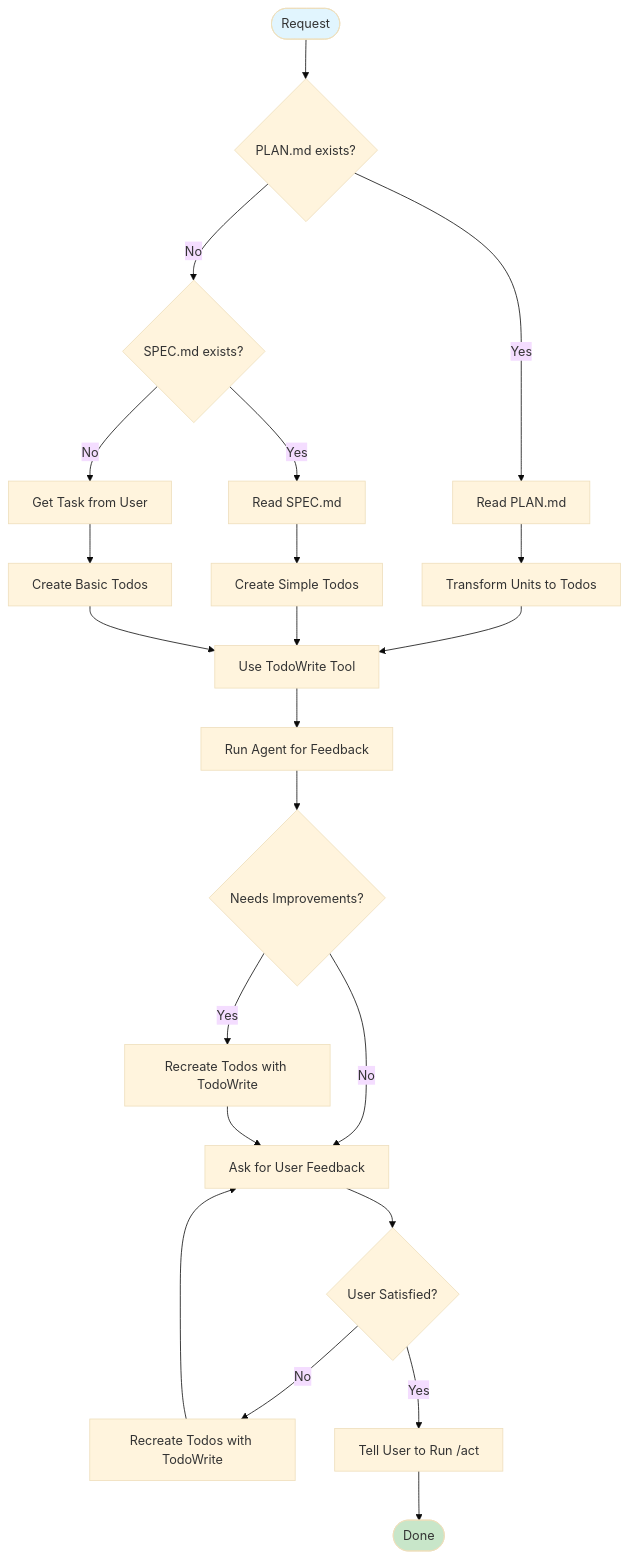
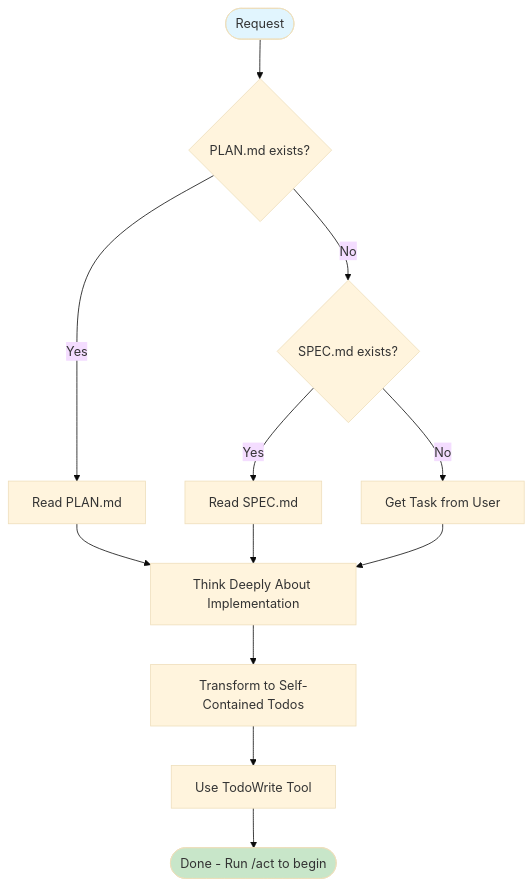
Before and after one commit to doodledood/claude-code-workflow: the diagram in .claude/commands/create-todos.md, drawn with Mermaid (base theme). The commit also changed other lines of this file, not shown here.

````diff
--- a/.claude/commands/create-todos.md
+++ b/.claude/commands/create-todos.md
@@ -83,33 +73,21 @@
 ```mermaid
 graph TD
     Start([Request]) --> CheckPlan{PLAN.md exists?}
 
     CheckPlan -->|Yes| ReadPlan[Read PLAN.md]
     CheckPlan -->|No| CheckSPEC{SPEC.md exists?}
 
     CheckSPEC -->|Yes| ReadSPEC[Read SPEC.md]
     CheckSPEC -->|No| GetTask[Get Task from User]
 
-    ReadPlan --> TransformUnits[Transform Units to Todos]
-    ReadSPEC --> CreateSimple[Create Simple Todos]
-    GetTask --> CreateBasic[Create Basic Todos]
+    ReadPlan --> Think[Think Deeply About Implementation]
+    ReadSPEC --> Think
+    GetTask --> Think
 
-    TransformUnits --> TodoWrite[Use TodoWrite Tool]
-    CreateSimple --> TodoWrite
-    CreateBasic --> TodoWrite
-
-    TodoWrite --> AutomatedReview[Run Agent for Feedback]
-    AutomatedReview --> NeedsFix{Needs Improvements?}
-    NeedsFix -->|Yes| RecreateTodos[Recreate Todos with TodoWrite]
-    NeedsFix -->|No| AskFeedback[Ask for User Feedback]
-    RecreateTodos --> AskFeedback
-
-    AskFeedback --> UserResponse{User Satisfied?}
-    UserResponse -->|No| UpdateTodos[Recreate Todos with TodoWrite]
-    UpdateTodos --> AskFeedback
-    UserResponse -->|Yes| TellUser[Tell User to Run /act]
-    TellUser --> Done([Done])
+    Think --> Transform[Transform to Self-Contained Todos]
+    Transform --> TodoWrite[Use TodoWrite Tool]
+    TodoWrite --> Done([Done - Run /act to begin])
 
     style Start fill:#e1f5fe
     style Done fill:#c8e6c9
 ```
````
